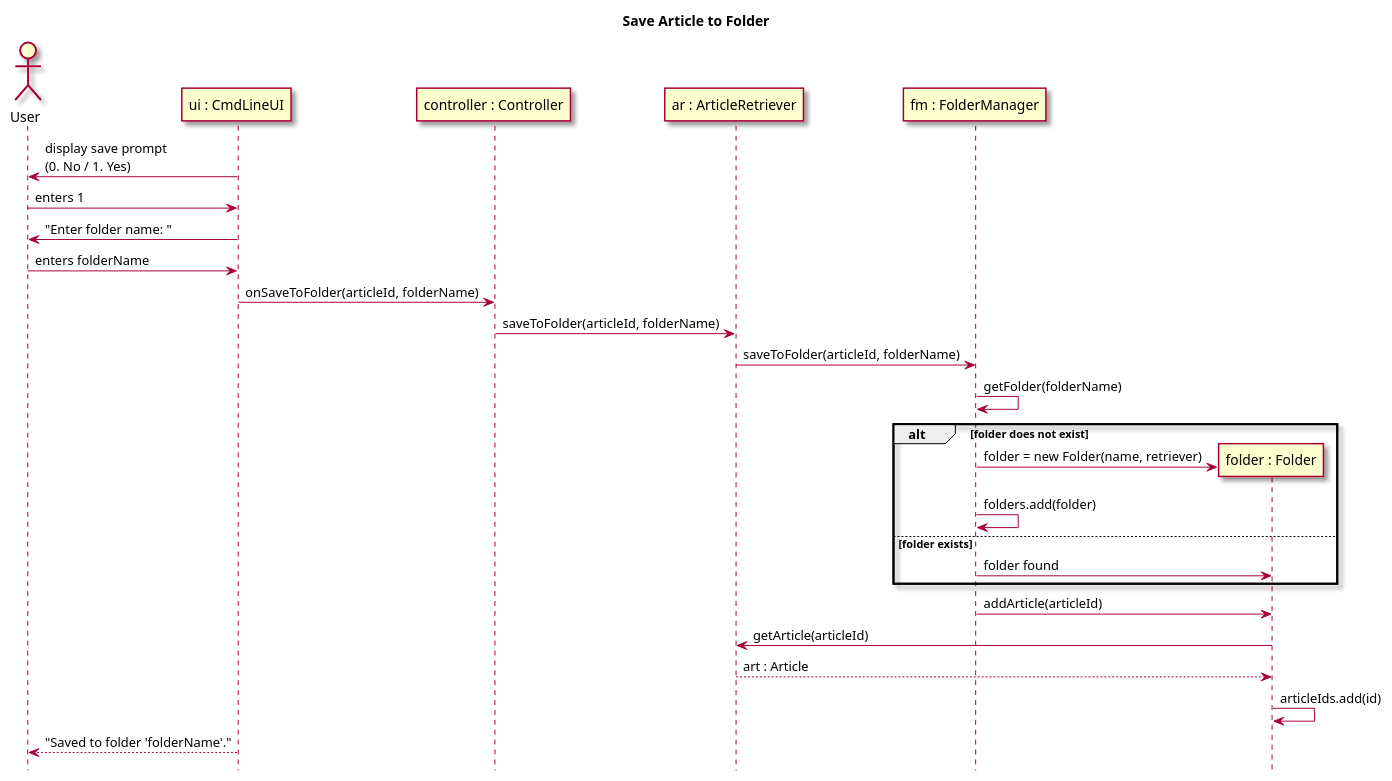
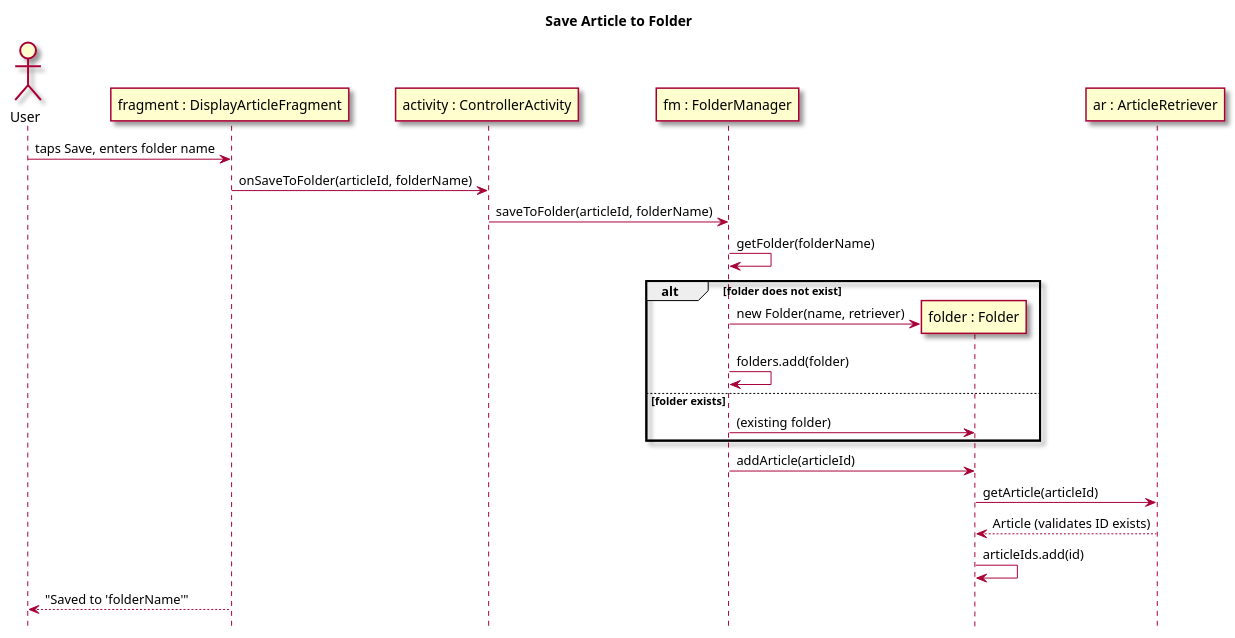
One commit to owhitleym-ui/EcoScoop changed the second of 3 diagrams in intellij/doc/use-cases/save-article.md. Above: the diagram before and after it, drawn with PlantUML. The commit also changed other lines of this file and 12 other files, not shown here.

Commit message:
Updated documentation, class diagram, use cases, and readme

````diff
--- a/intellij/doc/use-cases/save-article.md
+++ b/intellij/doc/use-cases/save-article.md
@@ -61,39 +58,35 @@
 ```plantuml
 @startuml
 skin rose
 hide footbox
 title Save Article to Folder
 
 actor User as user
-participant "ui : CmdLineUI" as UI
-participant "controller : Controller" as controller
+participant "fragment : DisplayArticleFragment" as UI
+participant "activity : ControllerActivity" as controller
+participant "fm : FolderManager" as FM
+participant "folder : Folder" as F
 participant "ar : ArticleRetriever" as AR
-participant "fm : FolderManager" as FM
 
-UI -> user : display save prompt\n(0. No / 1. Yes)
-user -> UI : enters 1
-UI -> user : "Enter folder name: "
-user -> UI : enters folderName
+user -> UI : taps Save, enters folder name
 UI -> controller : onSaveToFolder(articleId, folderName)
-controller -> AR : saveToFolder(articleId, folderName)
-AR -> FM : saveToFolder(articleId, folderName)
+controller -> FM : saveToFolder(articleId, folderName)
 FM -> FM : getFolder(folderName)
 
 alt folder does not exist
-  create participant "folder : Folder" as F
-  FM -> F : folder = new Folder(name, retriever)
+  create F
+  FM -> F : new Folder(name, retriever)
   FM -> FM : folders.add(folder)
 else folder exists
-  FM -> F : folder found
+  FM -> F : (existing folder)
 end
 
 FM -> F : addArticle(articleId)
 F -> AR : getArticle(articleId)
-AR --> F : art : Article
+AR --> F : Article (validates ID exists)
 F -> F : articleIds.add(id)
 
-UI --> user : "Saved to folder 'folderName'."
+UI --> user : "Saved to 'folderName'"
 
 @enduml
-
 ```
````
